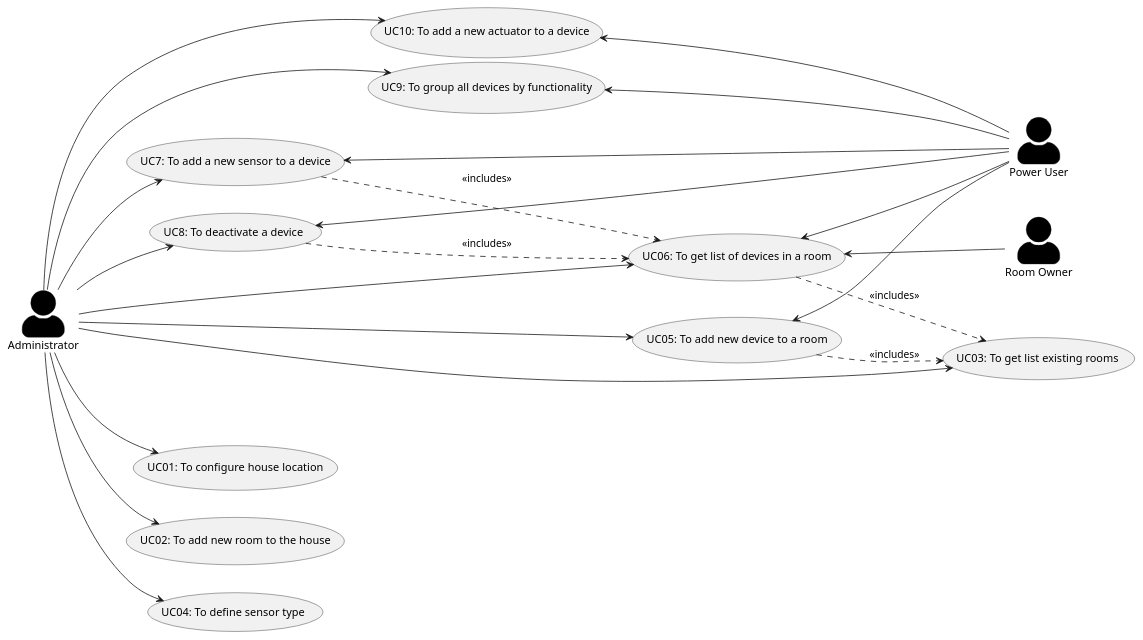
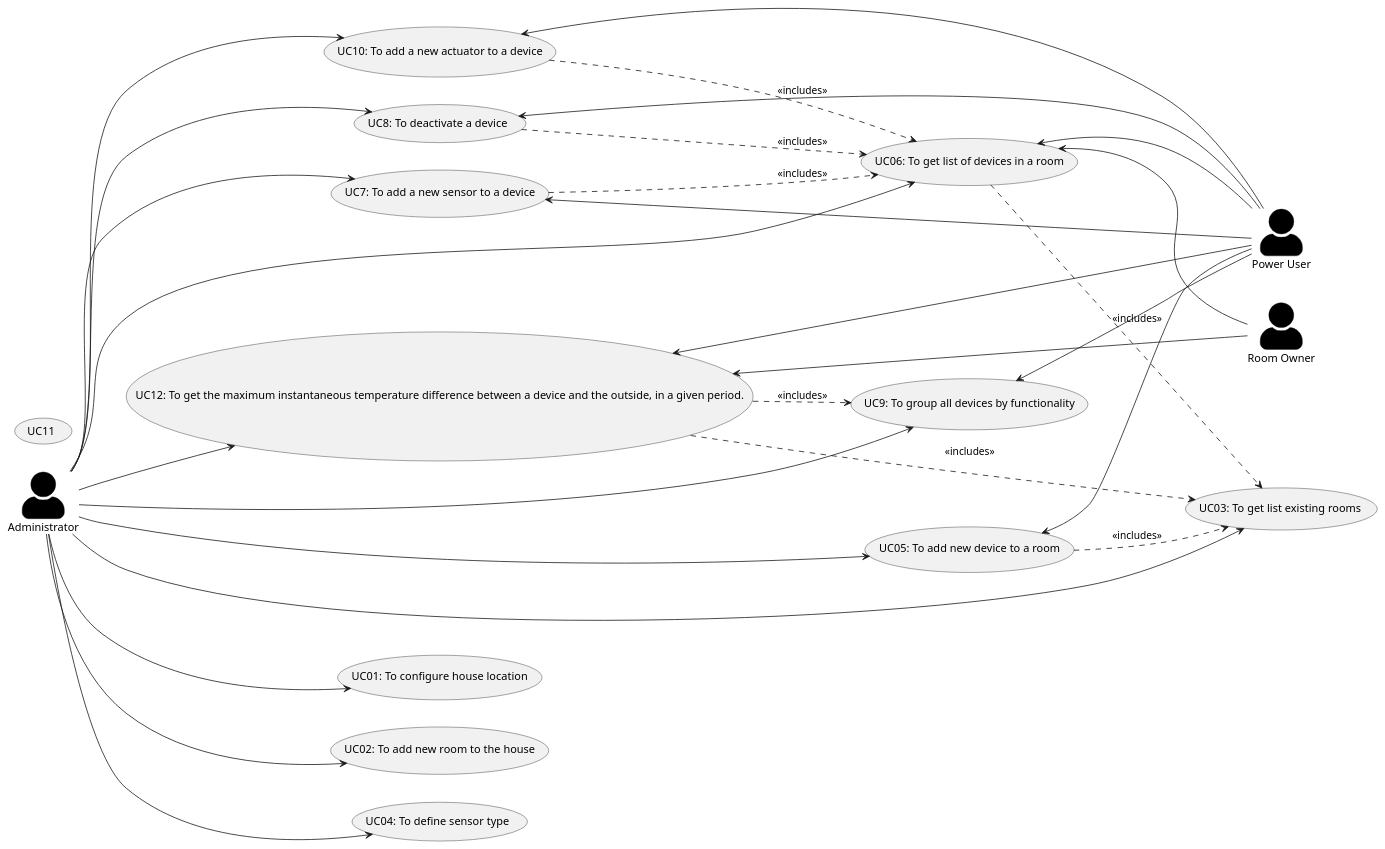
One commit to olivDiogo/SmartHome changed the diagram in docs/ooa/3.useCaseDiagram/useCaseDiagram.puml. Above: the diagram before and after it, drawn with PlantUML. The commit also changed 16 other files, not shown here.

Commit message:
docs: added readme files for US and UC. Edited UC diagram. #397

```diff
--- a/docs/ooa/3.useCaseDiagram/useCaseDiagram.puml
+++ b/docs/ooa/3.useCaseDiagram/useCaseDiagram.puml
@@ -1,48 +1,57 @@
 @startuml
 'https://plantuml.com/use-case-diagram
 left to right direction
 skinparam actorStyle awesome
 skinparam ActorBackgroundColor black
 
 :Administrator: as Admin
 :Power User: as Power_User
 :Room Owner: as Room_Owner
 
 (UC01: To configure house location) as (Use1)
 (UC02: To add new room to the house) as (Use2)
 (UC03: To get list existing rooms) as (Use3)
 (UC04: To define sensor type) as (Use4)
 (UC05: To add new device to a room) as (Use5)
 (UC06: To get list of devices in a room) as (Use6)
 (UC7: To add a new sensor to a device) as (Use7)
 (UC8: To deactivate a device) as (Use8)
 (UC9: To group all devices by functionality) as (Use9)
 (UC10: To add a new actuator to a device) as (Use10)
+(UC11)
+(UC12: To get the maximum instantaneous temperature difference between a device and the outside, in a given period.) as (Use12)
 
 Admin --> (Use1)
 Admin --> (Use2)
 Admin --> (Use3)
 Admin --> (Use4)
 Admin --> (Use5)
 Admin --> (Use6)
 Admin --> (Use7)
 Admin --> (Use8)
 Admin --> (Use9)
 Admin --> (Use10)
+Admin --> (Use12)
 
 Power_User -up-> (Use5)
 Power_User -up-> (Use6)
 Power_User -up-> (Use7)
 Power_User -up-> (Use8)
 Power_User -up-> (Use9)
 Power_User -up-> (Use10)
+Power_User -up-> (Use12)
 
 Room_Owner -up-> (Use6)
+Room_Owner -up-> (Use12)
 
 (Use6) ..> (Use3): <<includes>>
 (Use5) ..> (Use3): <<includes>>
 (Use7) ..> (Use6): <<includes>>
 (Use8) ..> (Use6): <<includes>>
+(Use10) ..> (Use6): <<includes>>
+(Use12)..> (Use3): <<includes>>
+(Use12)..> (Use9): <<includes>>
+
 
 
 @enduml
```
